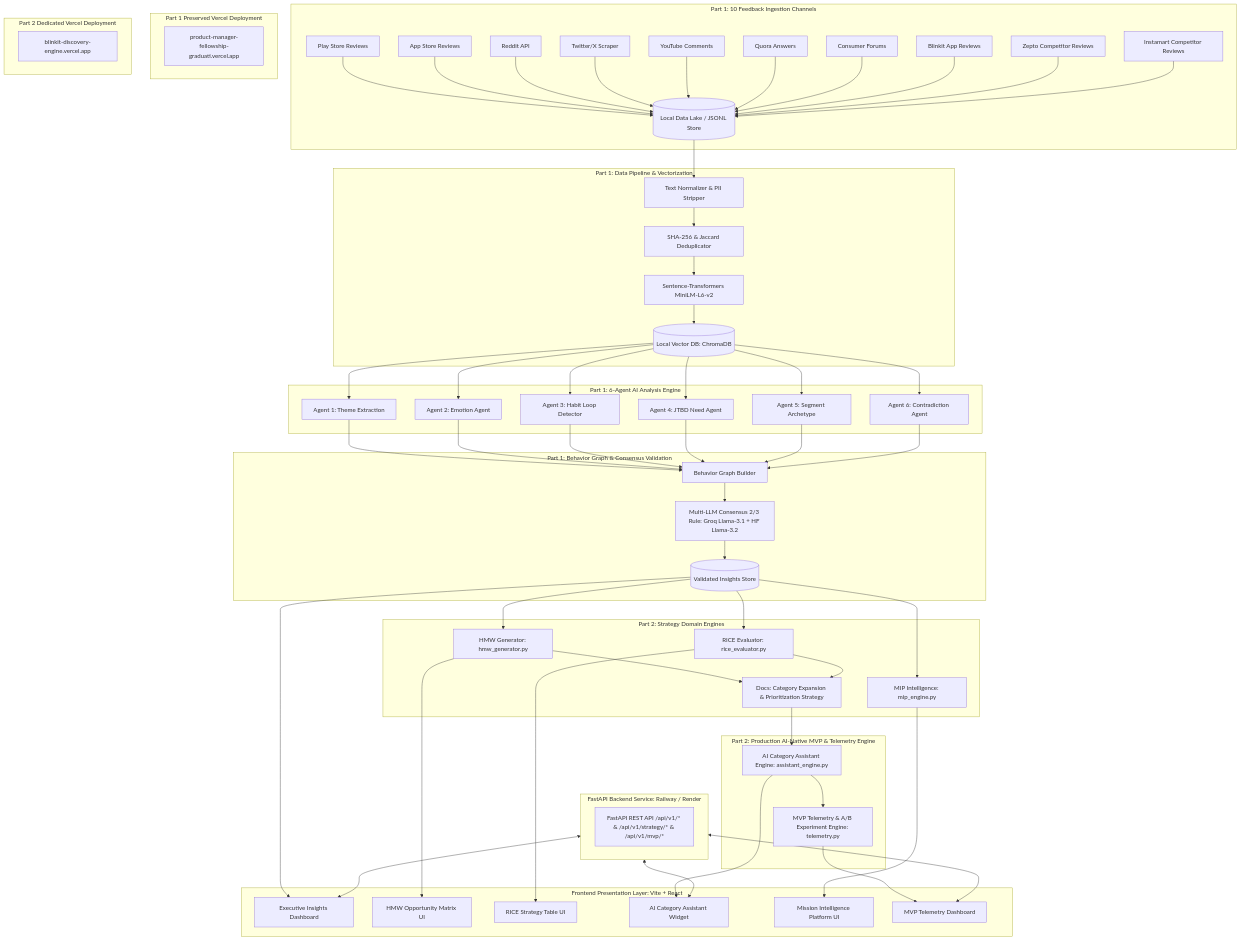
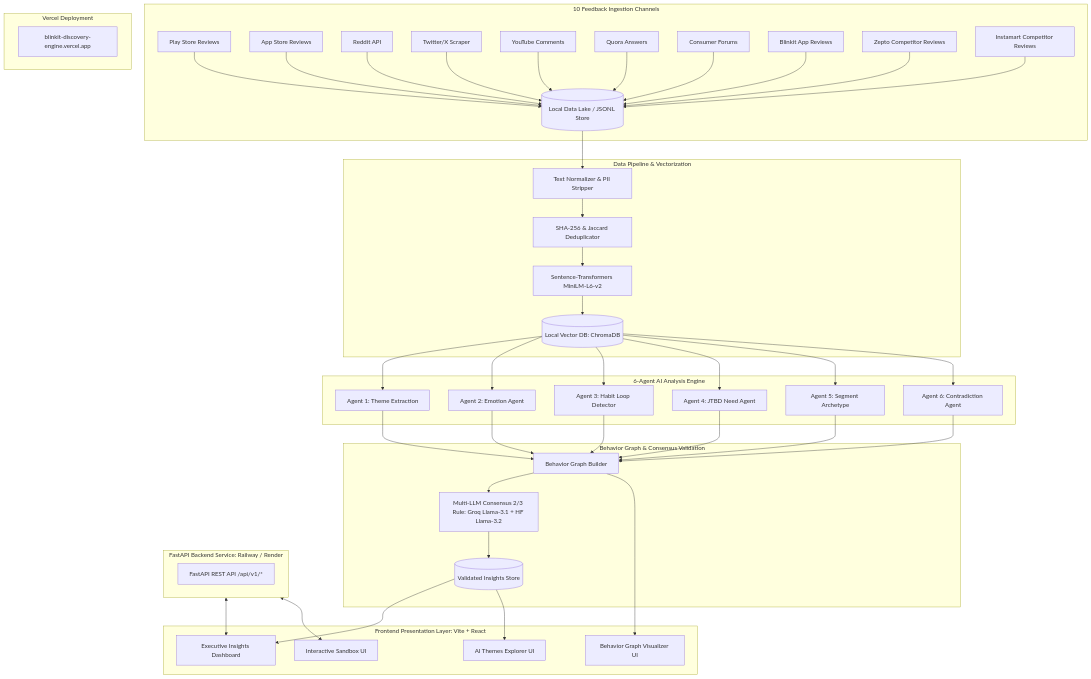
The diagram in docs/architecture.md (gsai-max/ProductManagerFellowshipGraduationProject), drawn with Mermaid before and after one commit. The commit also changed other lines of this file and 30 other files, not shown here.

Commit message:
Remove Part 2 components and clean up to single AI Discovery Engine

````diff
--- a/docs/architecture.md
+++ b/docs/architecture.md
@@ -31,7 +18,7 @@
 ```mermaid
 graph TD
-    %% PART 1: INGESTION & DATA PROCESSING
-    subgraph Part1_Ingestion [Part 1: 10 Feedback Ingestion Channels]
+    %% INGESTION & DATA PROCESSING
+    subgraph Ingestion [10 Feedback Ingestion Channels]
         PlayStore[Play Store Reviews] --> RawStore[(Local Data Lake / JSONL Store)]
         AppStore[App Store Reviews] --> RawStore
         Reddit[Reddit API] --> RawStore
@@ -44,15 +31,15 @@
         Instamart[Instamart Competitor Reviews] --> RawStore
     end
 
-    subgraph Part1_Pipeline [Part 1: Data Pipeline & Vectorization]
+    subgraph Pipeline [Data Pipeline & Vectorization]
         RawStore --> Cleaner[Text Normalizer & PII Stripper]
         Cleaner --> Deduplicator[SHA-256 & Jaccard Deduplicator]
         Deduplicator --> Embeddings[Sentence-Transformers MiniLM-L6-v2]
         Embeddings --> VectorDB[(Local Vector DB: ChromaDB)]
     end
 
-    %% PART 1: 6-AGENT AI ENGINE & CONSENSUS
-    subgraph Part1_Agents [Part 1: 6-Agent AI Analysis Engine]
+    %% 6-AGENT AI ENGINE & CONSENSUS
+    subgraph Agents [6-Agent AI Analysis Engine]
         VectorDB --> Agent1[Agent 1: Theme Extraction]
         VectorDB --> Agent2[Agent 2: Emotion Agent]
         VectorDB --> Agent3[Agent 3: Habit Loop Detector]
@@ -61,58 +48,32 @@
         VectorDB --> Agent6[Agent 6: Contradiction Agent]
     end
 
-    subgraph Part1_Validation [Part 1: Behavior Graph & Consensus Validation]
+    subgraph Validation [Behavior Graph & Consensus Validation]
         Agent1 & Agent2 & Agent3 & Agent4 & Agent5 & Agent6 --> BehaviorGraph[Behavior Graph Builder]
         BehaviorGraph --> MultiLLM[Multi-LLM Consensus 2/3 Rule: Groq Llama-3.1 + HF Llama-3.2]
         MultiLLM --> ValidationStore[(Validated Insights Store)]
     end
 
-    %% PART 2: PRODUCT STRATEGY & ENGINE DOMAIN
-    subgraph Part2_StrategyEngines [Part 2: Strategy Domain Engines]
-        ValidationStore --> HMWEngine[HMW Generator: hmw_generator.py]
-        ValidationStore --> RICEEngine[RICE Evaluator: rice_evaluator.py]
-        ValidationStore --> MIPEngine[MIP Intelligence: mip_engine.py]
-        HMWEngine --> StrategyMemos[Docs: Category Expansion & Prioritization Strategy]
-        RICEEngine --> StrategyMemos
+    %% FRONTEND PRESENTATION LAYER
+    subgraph Frontend_App [Frontend Presentation Layer: Vite + React]
+        InsightsDashboard[Executive Insights Dashboard]
+        SandboxUI[Interactive Sandbox UI]
+        ThemesUI[AI Themes Explorer UI]
+        BehaviorGraphUI[Behavior Graph Visualizer UI]
+
+        ValidationStore --> InsightsDashboard
+        ValidationStore --> ThemesUI
+        BehaviorGraph --> BehaviorGraphUI
     end
 
-    %% PART 2: MVP FEATURE & TELEMETRY ENGINE
-    subgraph Part2_MVPFeature [Part 2: Production AI-Native MVP & Telemetry Engine]
-        StrategyMemos --> AssistantEngine[AI Category Assistant Engine: assistant_engine.py]
-        AssistantEngine --> TelemetryEngine[MVP Telemetry & A/B Experiment Engine: telemetry.py]
+    subgraph FastAPIBackend [FastAPI Backend Service: Railway / Render]
+        BackendRoutes[FastAPI REST API /api/v1/*]
     end
 
-    %% FRONTEND PRESENTATION LAYER
-    subgraph Frontend_App [Frontend Presentation Layer: Vite + React]
-        Part1Dashboard[Executive Insights Dashboard]
-        HMWUI[HMW Opportunity Matrix UI]
-        RICEUI[RICE Strategy Table UI]
-        AssistantWidget[AI Category Assistant Widget]
-        MIPUI[Mission Intelligence Platform UI]
-        TelemetryUI[MVP Telemetry Dashboard]
+    FastAPIBackend <--> InsightsDashboard
+    FastAPIBackend <--> SandboxUI
 
-        ValidationStore --> Part1Dashboard
-        HMWEngine --> HMWUI
-        RICEEngine --> RICEUI
-        AssistantEngine --> AssistantWidget
-        MIPEngine --> MIPUI
-        TelemetryEngine --> TelemetryUI
-    end
-
-    %% DUAL-LINK DEPLOYMENT SEPARATION
-    subgraph FastAPIBackend [FastAPI Backend Service: Railway / Render]
-        BackendRoutes[FastAPI REST API /api/v1/* & /api/v1/strategy/* & /api/v1/mvp/*]
-    end
-
-    FastAPIBackend <--> Part1Dashboard
-    FastAPIBackend <--> AssistantWidget
-    FastAPIBackend <--> TelemetryUI
-
-    subgraph Part1Link [Part 1 Preserved Vercel Deployment]
-        Part1DashboardLink[product-manager-fellowship-graduati.vercel.app]
-    end
-
-    subgraph Part2Link [Part 2 Dedicated Vercel Deployment]
-        Part2MVPApp[blinkit-discovery-engine.vercel.app]
+    subgraph LiveLink [Vercel Deployment]
+        DeploymentApp[blinkit-discovery-engine.vercel.app]
     end
 ```
````
